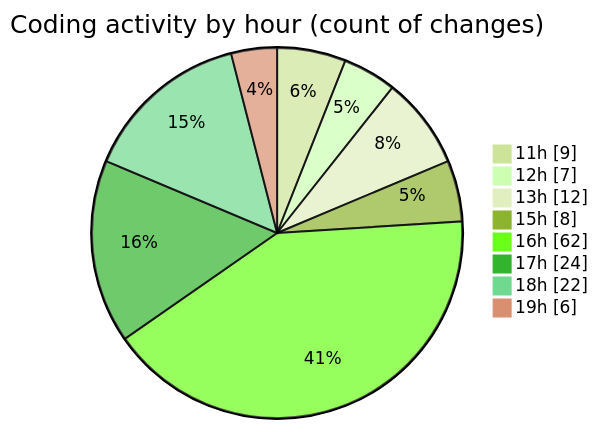
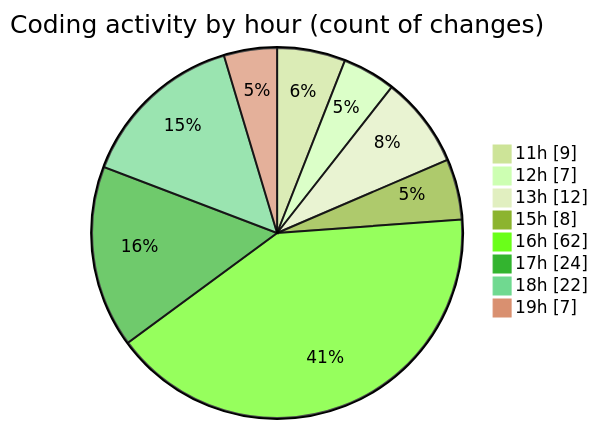
One commit to EIIisD/code-tracking changed the second of 2 diagrams in 2025-08-07/ribbon/README.md. Above: the diagram before and after it, drawn with Mermaid (forest theme). The commit also changed other lines of this file and 1 other file, not shown here.

````diff
--- a/2025-08-07/ribbon/README.md
+++ b/2025-08-07/ribbon/README.md
@@ -49,12 +49,12 @@
 ```mermaid
 pie showData
 title Coding activity by hour (count of changes)
 "11h" : 9
 "12h" : 7
 "13h" : 12
 "15h" : 8
 "16h" : 62
 "17h" : 24
 "18h" : 22
-"19h" : 6
+"19h" : 7
 ```
````
